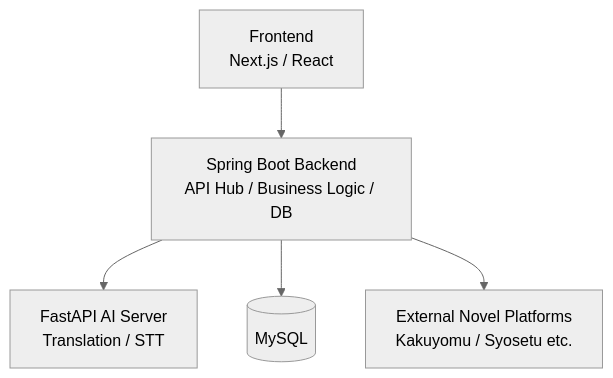
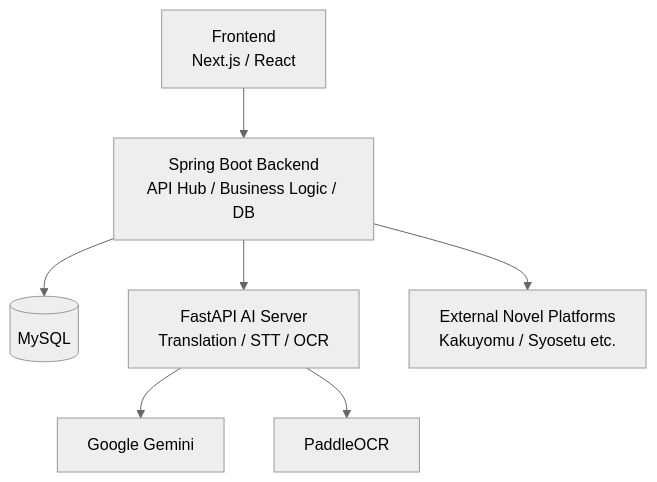
One commit to krumichan/CatPjt-TranslaCat-be changed the first of 2 diagrams in README.md. Above: the diagram before and after it, drawn with Mermaid (neutral theme). The commit also changed other lines of this file, not shown here.

````diff
--- a/README.md
+++ b/README.md
@@ -39,7 +43,9 @@
 ```mermaid
 flowchart TD
     FE[Frontend<br/>Next.js / React] --> BE[Spring Boot Backend<br/>API Hub / Business Logic / DB]
-    BE --> AI[FastAPI AI Server<br/>Translation / STT]
     BE --> DB[(MySQL)]
+    BE --> AI[FastAPI AI Server<br/>Translation / STT / OCR]
     BE --> EXT[External Novel Platforms<br/>Kakuyomu / Syosetu etc.]
+    AI --> GEM[Google Gemini]
+    AI --> OCR[PaddleOCR]
 ```
````
